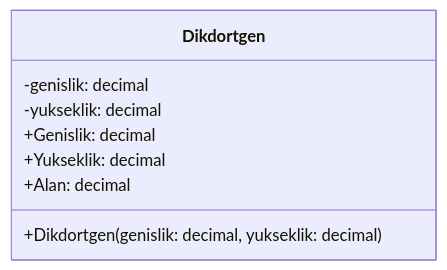
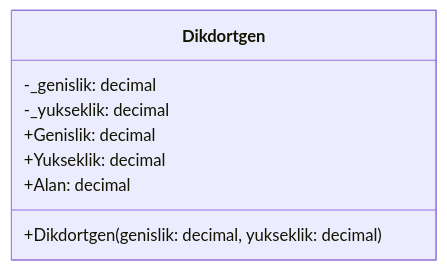
Before and after one commit to ibrahimayaz/Nesne-Yonelimli-Programlama-2025: the third of 5 diagrams in Hafta04/README.md, drawn with Mermaid. The commit also changed other lines of this file, not shown here.

````diff
--- a/Hafta04/README.md
+++ b/Hafta04/README.md
@@ -138,11 +161,11 @@
 ```mermaid
 classDiagram
     class Dikdortgen {
-      -genislik: decimal
-      -yukseklik: decimal
+      -_genislik: decimal
+      -_yukseklik: decimal
       +Dikdortgen(genislik: decimal, yukseklik: decimal)
       +Genislik: decimal
       +Yukseklik: decimal
       +Alan: decimal
     }
 ```
````
